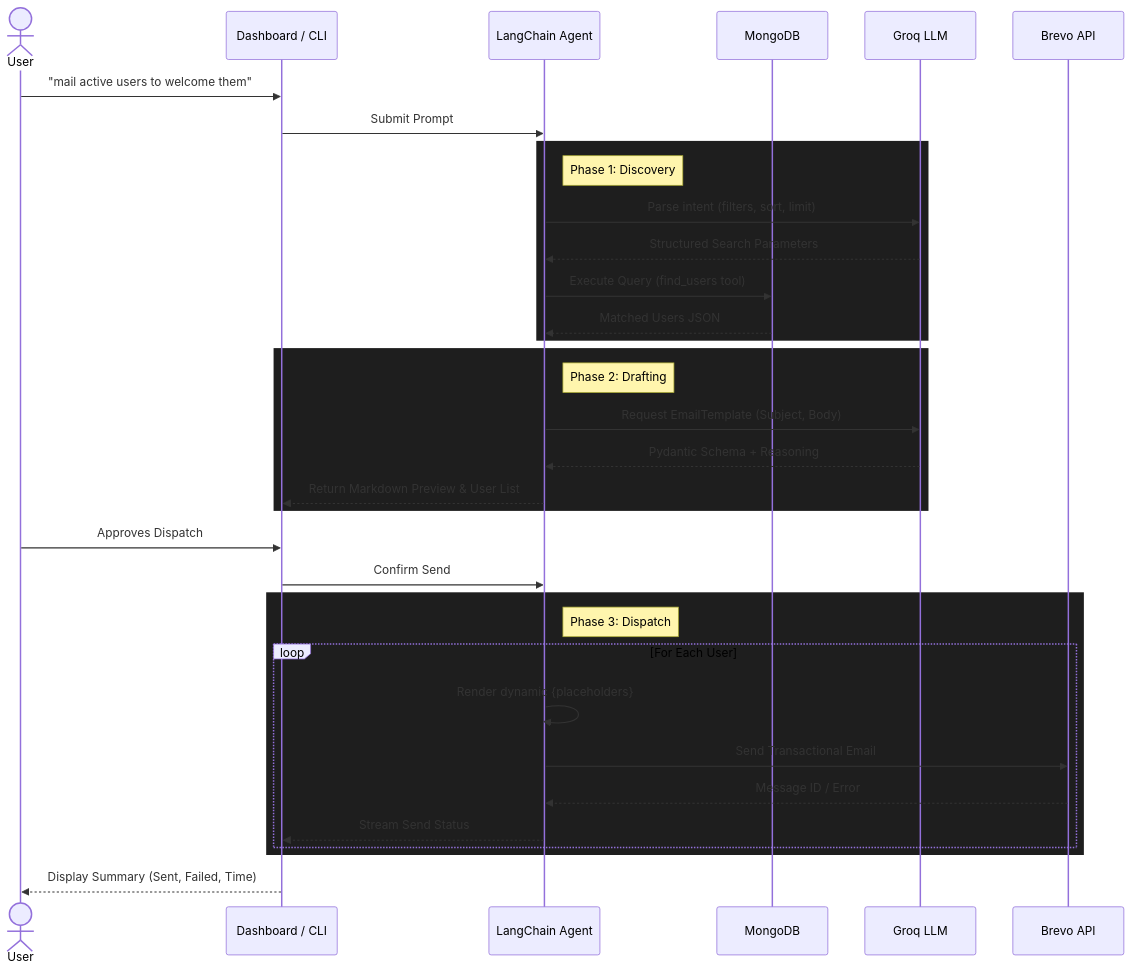
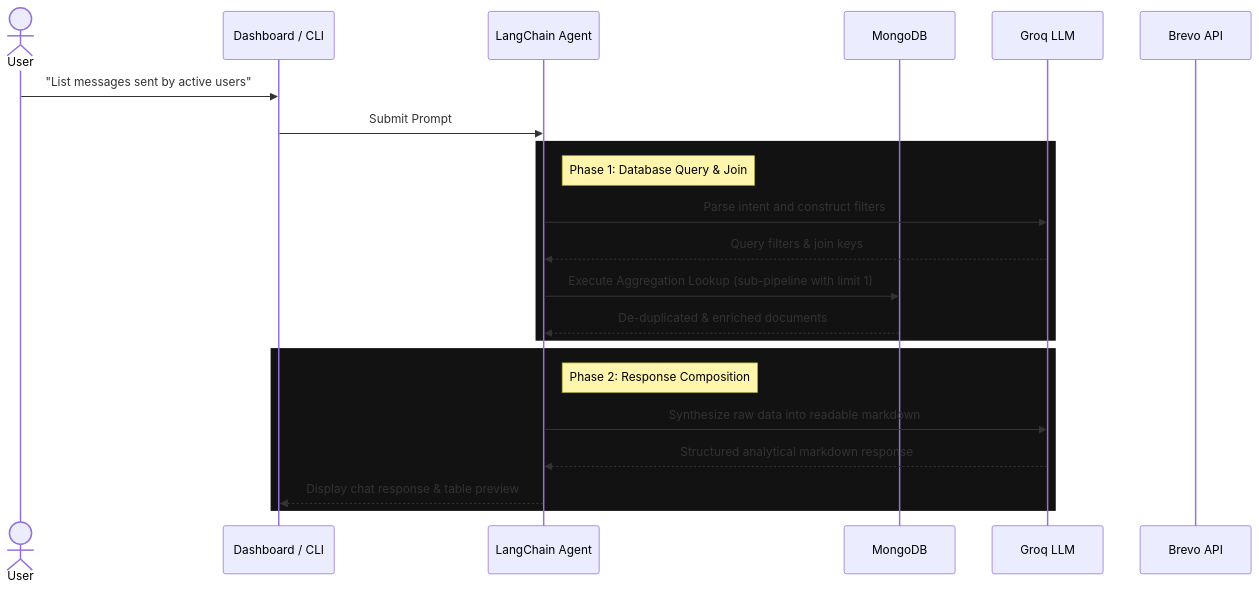
The second of 2 diagrams in README.md (itslokeshx/Lookout), drawn with Mermaid before and after one commit. The commit also changed other lines of this file, not shown here.

Commit message:
feat: overhaul README to reflect v2 general-purpose SaaS architecture and multi-collection database capabilities

````diff
--- a/README.md
+++ b/README.md
@@ -92,42 +92,27 @@
 ```mermaid
 sequenceDiagram
     actor User
     participant App as Dashboard / CLI
     participant Agent as LangChain Agent
     participant DB as MongoDB
     participant LLM as Groq LLM
     participant Brevo as Brevo API
 
-    User->>App: "mail active users to welcome them"
+    User->>App: "List messages sent by active users"
     App->>Agent: Submit Prompt
     
-    rect rgb(30, 30, 30)
-        Note right of Agent: Phase 1: Discovery
-        Agent->>LLM: Parse intent (filters, sort, limit)
-        LLM-->>Agent: Structured Search Parameters
-        Agent->>DB: Execute Query (find_users tool)
-        DB-->>Agent: Matched Users JSON
+    rect rgb(18, 18, 18)
+        Note right of Agent: Phase 1: Database Query & Join
+        Agent->>LLM: Parse intent and construct filters
+        LLM-->>Agent: Query filters & join keys
+        Agent->>DB: Execute Aggregation Lookup (sub-pipeline with limit 1)
+        DB-->>Agent: De-duplicated & enriched documents
     end
     
-    rect rgb(30, 30, 30)
-        Note right of Agent: Phase 2: Drafting
-        Agent->>LLM: Request EmailTemplate (Subject, Body)
-        LLM-->>Agent: Pydantic Schema + Reasoning
-        Agent-->>App: Return Markdown Preview & User List
+    rect rgb(18, 18, 18)
+        Note right of Agent: Phase 2: Response Composition
+        Agent->>LLM: Synthesize raw data into readable markdown
+        LLM-->>Agent: Structured analytical markdown response
+        Agent-->>App: Display chat response & table preview
     end
-    
-    User->>App: Approves Dispatch
-    App->>Agent: Confirm Send
-    
-    rect rgb(30, 30, 30)
-        Note right of Agent: Phase 3: Dispatch
-        loop For Each User
-            Agent->>Agent: Render dynamic {placeholders}
-            Agent->>Brevo: Send Transactional Email
-            Brevo-->>Agent: Message ID / Error
-            Agent-->>App: Stream Send Status
-        end
-    end
-    
-    App-->>User: Display Summary (Sent, Failed, Time)
 ```
````
